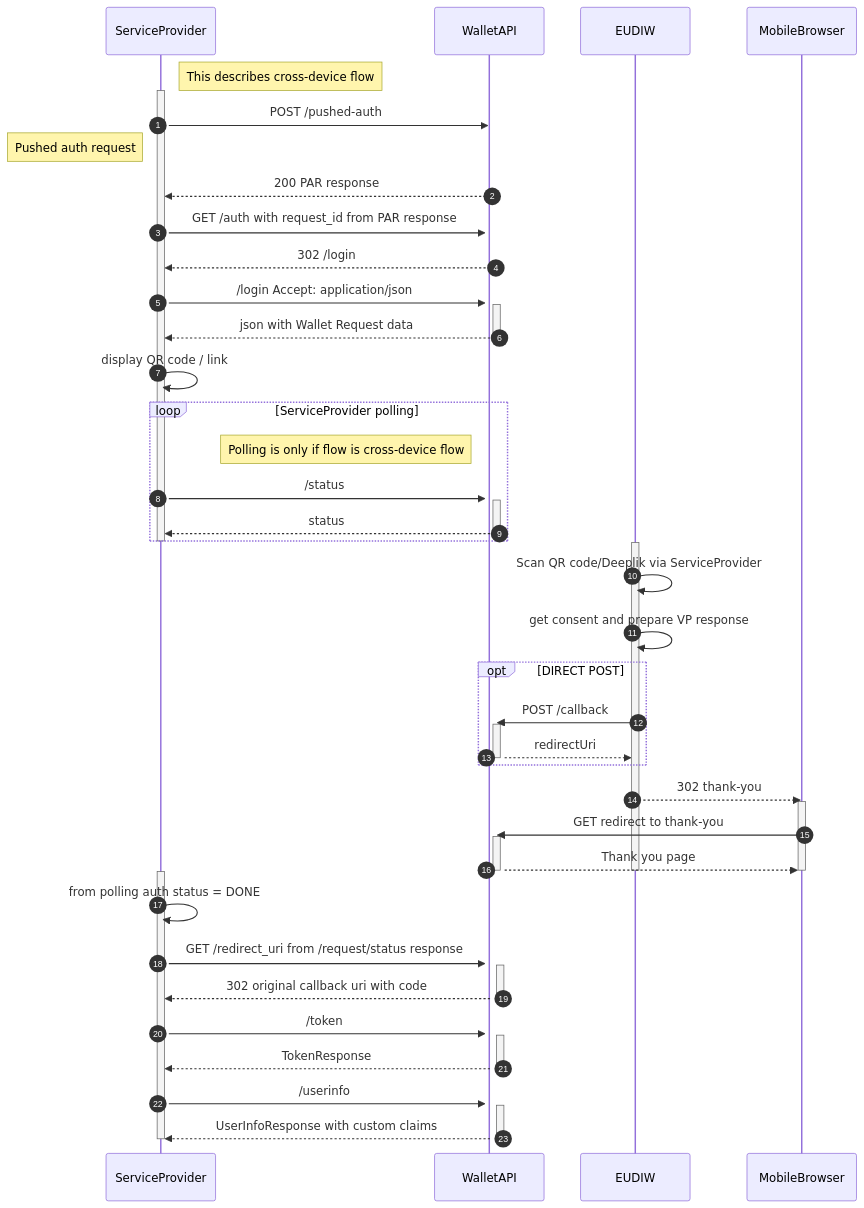
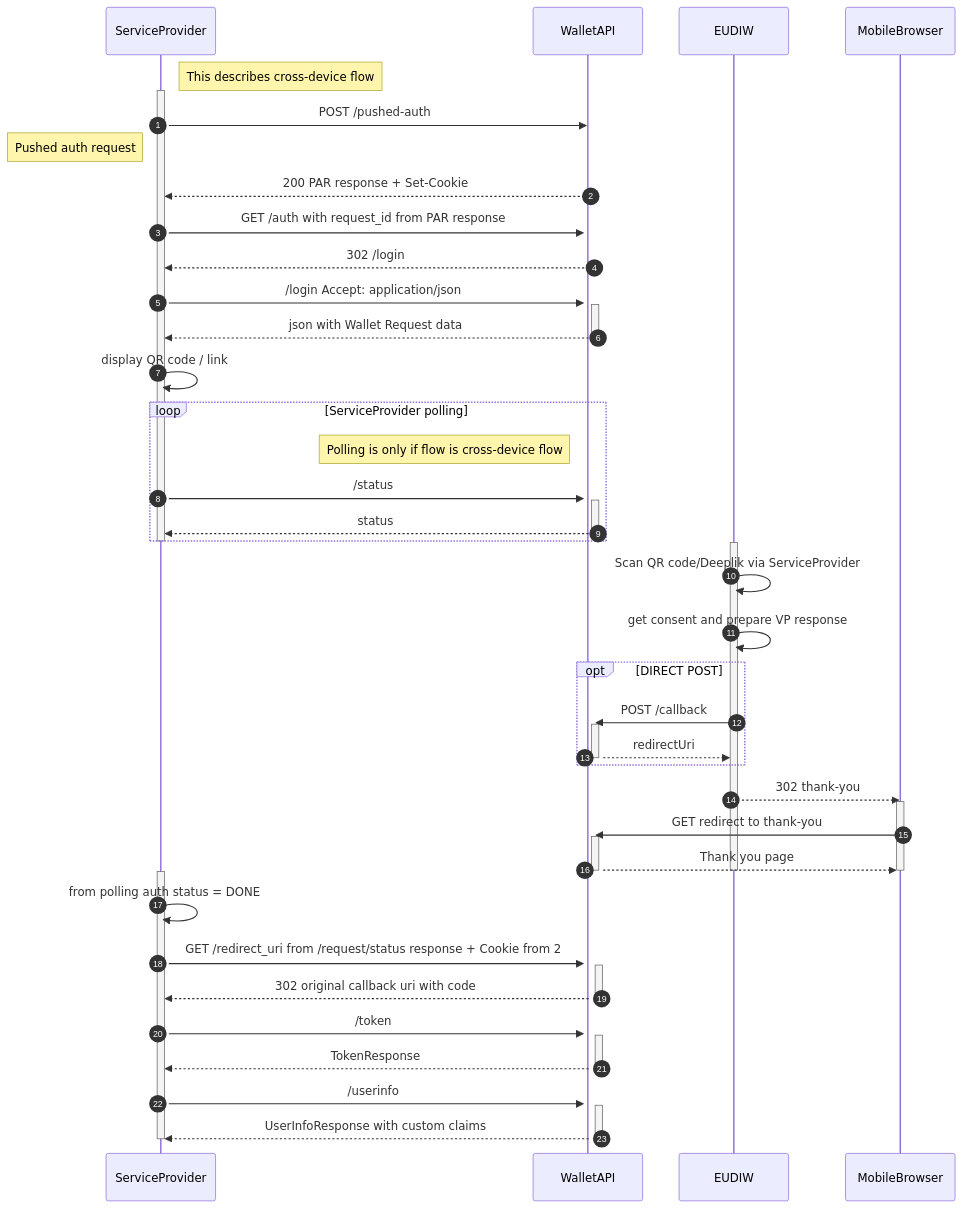
One commit to BankovniIdentita/wallet-api-docs changed the diagram in docs/OpenID4VP_overview_SeP.mmd. Above: the diagram before and after it, drawn with Mermaid. The commit also changed 2 other files, not shown here.

```diff
--- a/docs/OpenID4VP_overview_SeP.mmd
+++ b/docs/OpenID4VP_overview_SeP.mmd
@@ -1,63 +1,63 @@
 sequenceDiagram
     autonumber
     participant ServiceProvider
     participant WalletAPI
     participant EUDIW
     participant MobileBrowser
     note right of ServiceProvider: This describes cross-device flow
     activate ServiceProvider
     ServiceProvider->>WalletAPI: POST /pushed-auth
     Note left of ServiceProvider: Pushed auth request
     activate WalletAPI
-    WalletAPI-->>ServiceProvider: 200 PAR response
+    WalletAPI-->>ServiceProvider: 200 PAR response + Set-Cookie
     ServiceProvider ->> WalletAPI: GET /auth with request_id from PAR response
     activate WalletAPI
     WalletAPI -->> ServiceProvider: 302 /login
     ServiceProvider ->> WalletAPI: /login Accept: application/json
     activate WalletAPI
     WalletAPI -->> ServiceProvider: json with Wallet Request data
     deactivate WalletAPI
     ServiceProvider->>ServiceProvider: display QR code / link
     loop ServiceProvider polling
         note left of WalletAPI: Polling is only if flow is cross-device flow
         ServiceProvider->>WalletAPI: /status
         activate WalletAPI
         WalletAPI-->>ServiceProvider: status
         deactivate WalletAPI
     end
     deactivate ServiceProvider
 
     activate EUDIW
     EUDIW->>EUDIW: Scan QR code/Deeplik via ServiceProvider
     EUDIW->>EUDIW: get consent and prepare VP response
     opt DIRECT POST
         EUDIW->>WalletAPI: POST /callback
         activate WalletAPI
         WalletAPI-->>EUDIW: redirectUri
         deactivate WalletAPI
     end
     EUDIW-->>MobileBrowser: 302 thank-you
     activate MobileBrowser
     MobileBrowser->>WalletAPI: GET redirect to thank-you
     activate WalletAPI
     WalletAPI-->>MobileBrowser: Thank you page   
     deactivate WalletAPI
     deactivate MobileBrowser
     deactivate EUDIW
 
     activate ServiceProvider
     ServiceProvider->>ServiceProvider: from polling auth status = DONE
     activate WalletAPI
-    ServiceProvider->>WalletAPI: GET /redirect_uri from /request/status response
+    ServiceProvider->>WalletAPI: GET /redirect_uri from /request/status response + Cookie from 2
     activate WalletAPI
     WalletAPI-->>ServiceProvider: 302 original callback uri with code
     deactivate WalletAPI
     ServiceProvider->>WalletAPI: /token
     activate WalletAPI
     WalletAPI-->>ServiceProvider: TokenResponse
     deactivate WalletAPI
     ServiceProvider->>WalletAPI: /userinfo
     activate WalletAPI
     WalletAPI-->>ServiceProvider: UserInfoResponse with custom claims
     deactivate WalletAPI
     deactivate ServiceProvider
```
